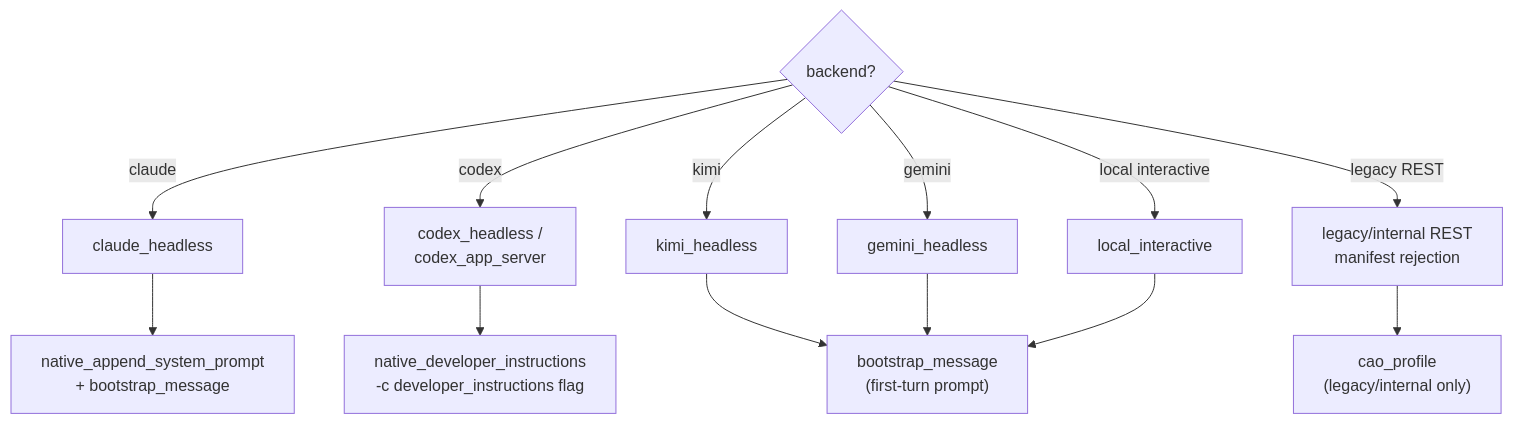
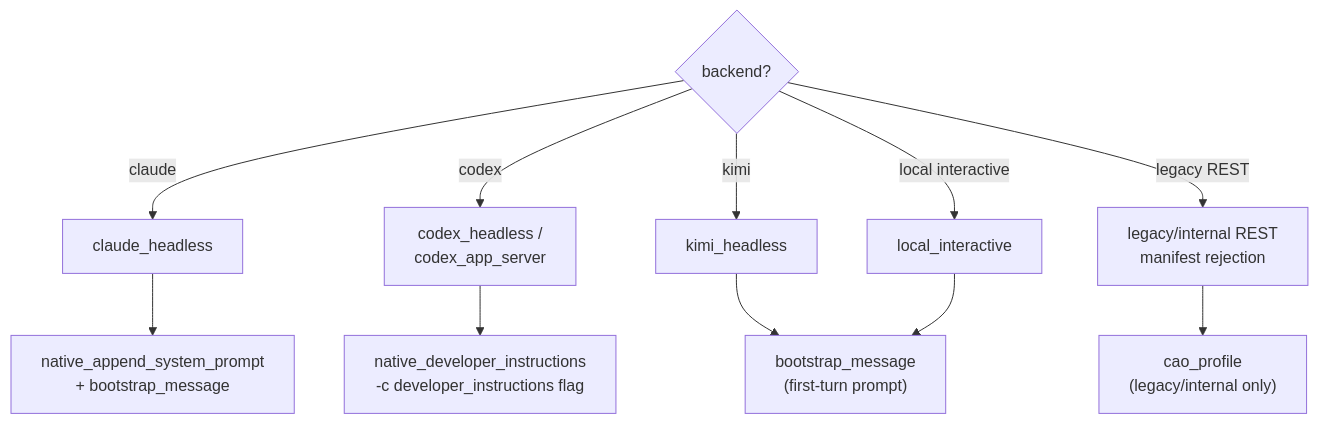
The diagram in docs/reference/run-phase/role-injection.md (igamenovoer/houmao), drawn with Mermaid before and after one commit. The commit also changed other lines of this file and 162 other files, not shown here.

````diff
--- a/docs/reference/run-phase/role-injection.md
+++ b/docs/reference/run-phase/role-injection.md
@@ -7,23 +7,21 @@
 ```mermaid
 flowchart TD
     BE{backend?}
 
     CL["claude_headless"]
     CX["codex_headless /<br/>codex_app_server"]
     KM["kimi_headless"]
-    GM["gemini_headless"]
     LI["local_interactive"]
     LEG["legacy/internal REST<br/>manifest rejection"]
 
     NDI["native_developer_instructions<br/>-c developer_instructions flag"]
     NAS["native_append_system_prompt<br/>+ bootstrap_message"]
     BM["bootstrap_message<br/>(first-turn prompt)"]
     PB["cao_profile<br/>(legacy/internal only)"]
 
     BE -->|claude| CL --> NAS
     BE -->|codex| CX --> NDI
     BE -->|kimi| KM --> BM
-    BE -->|gemini| GM --> BM
     BE -->|local interactive| LI --> BM
     BE -->|legacy REST| LEG --> PB
 ```
````
